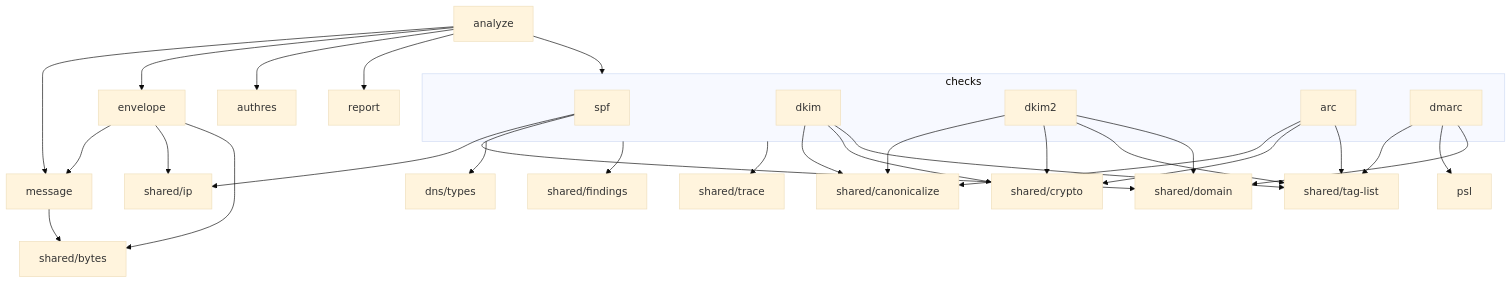
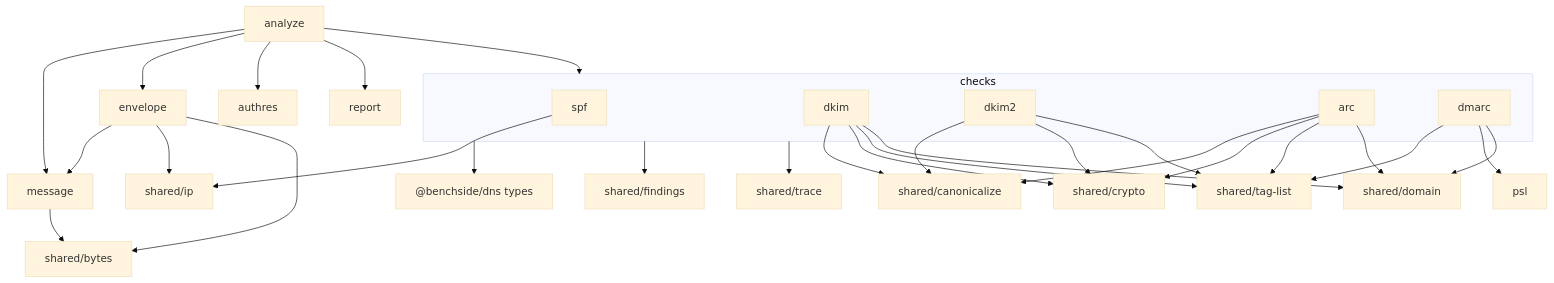
One commit to photom/benchside changed the first of 9 diagrams in docs/explanation/mail-detailed-design.md. Above: the diagram before and after it, drawn with Mermaid (base theme). The commit also changed other lines of this file and 55 other files, not shown here.

First line of the commit message:
Move the DNS resolver into @benchside/dns (#17)

````diff
--- a/docs/explanation/mail-detailed-design.md
+++ b/docs/explanation/mail-detailed-design.md
@@ -44,20 +50,20 @@
 ```mermaid
 flowchart TD
   analyze --> message & envelope & checks & authres & report
   subgraph checks
     spf
     dkim
     dkim2
     arc
     dmarc
   end
   envelope --> message
   dkim & dkim2 & arc --> canon[shared/canonicalize] & crypto[shared/crypto] & tag[shared/tag-list]
   dmarc --> tag & psl & domain[shared/domain]
-  dkim2 --> domain
-  spf --> ip[shared/ip] & domain
+  dkim & arc --> domain
+  spf --> ip[shared/ip]
   envelope --> ip
-  checks --> dnsT[dns/types]
+  checks --> dnsT["@benchside/dns types"]
   checks --> find[shared/findings] & trace[shared/trace]
   message & envelope --> bytes[shared/bytes]
 ```
````
